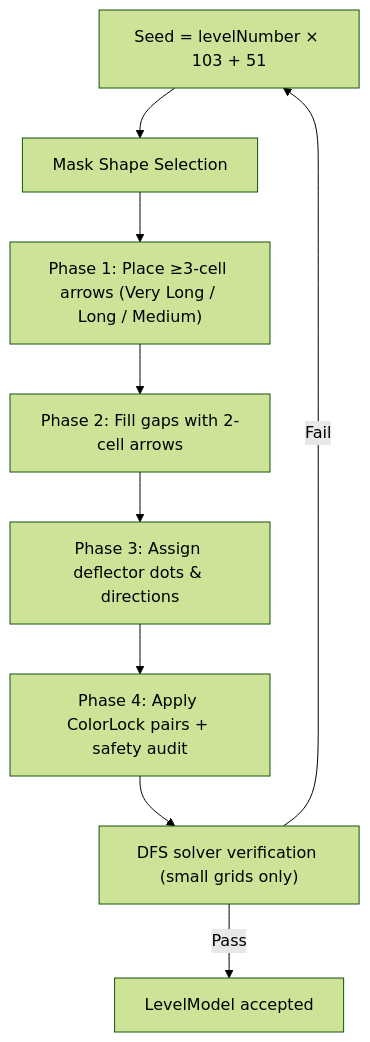
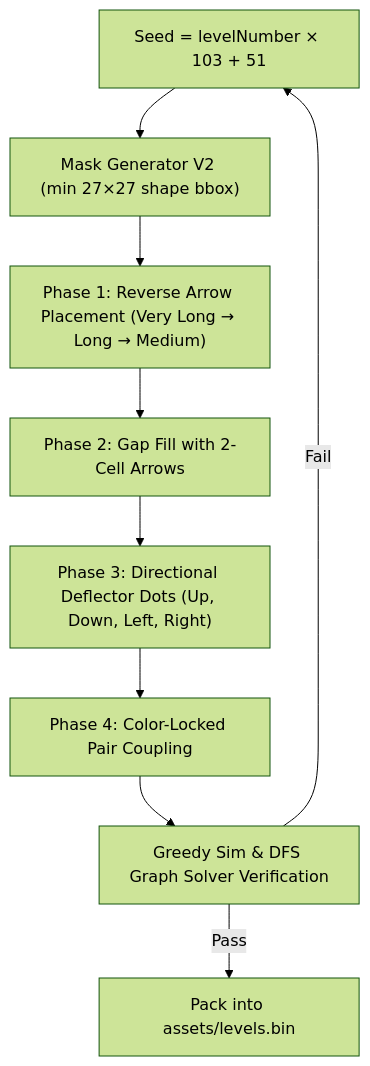
One commit to gtxPrime/arrow-escape changed the diagram in README.md. Above: the diagram before and after it, drawn with Mermaid (forest theme). The commit also changed other lines of this file, not shown here.

Commit message:
docs: update README with LevelGeneratorV2, shape silhouettes, timer rules & mechanics

````diff
--- a/README.md
+++ b/README.md
@@ -130,11 +119,11 @@
 ```mermaid
 graph TD
-    A["Seed = levelNumber × 103 + 51"] --> B["Mask Shape Selection"]
-    B --> C["Phase 1: Place ≥3-cell arrows (Very Long / Long / Medium)"]
-    C --> D["Phase 2: Fill gaps with 2-cell arrows"]
-    D --> E["Phase 3: Assign deflector dots & directions"]
-    E --> F["Phase 4: Apply ColorLock pairs + safety audit"]
-    F --> G["DFS solver verification (small grids only)"]
+    A["Seed = levelNumber × 103 + 51"] --> B["Mask Generator V2 (min 27×27 shape bbox)"]
+    B --> C["Phase 1: Reverse Arrow Placement (Very Long → Long → Medium)"]
+    C --> D["Phase 2: Gap Fill with 2-Cell Arrows"]
+    D --> E["Phase 3: Directional Deflector Dots (Up, Down, Left, Right)"]
+    E --> F["Phase 4: Color-Locked Pair Coupling"]
+    F --> G["Greedy Sim & DFS Graph Solver Verification"]
     G -- "Fail" --> A
-    G -- "Pass" --> H["LevelModel accepted"]
+    G -- "Pass" --> H["Pack into assets/levels.bin"]
 ```
````
